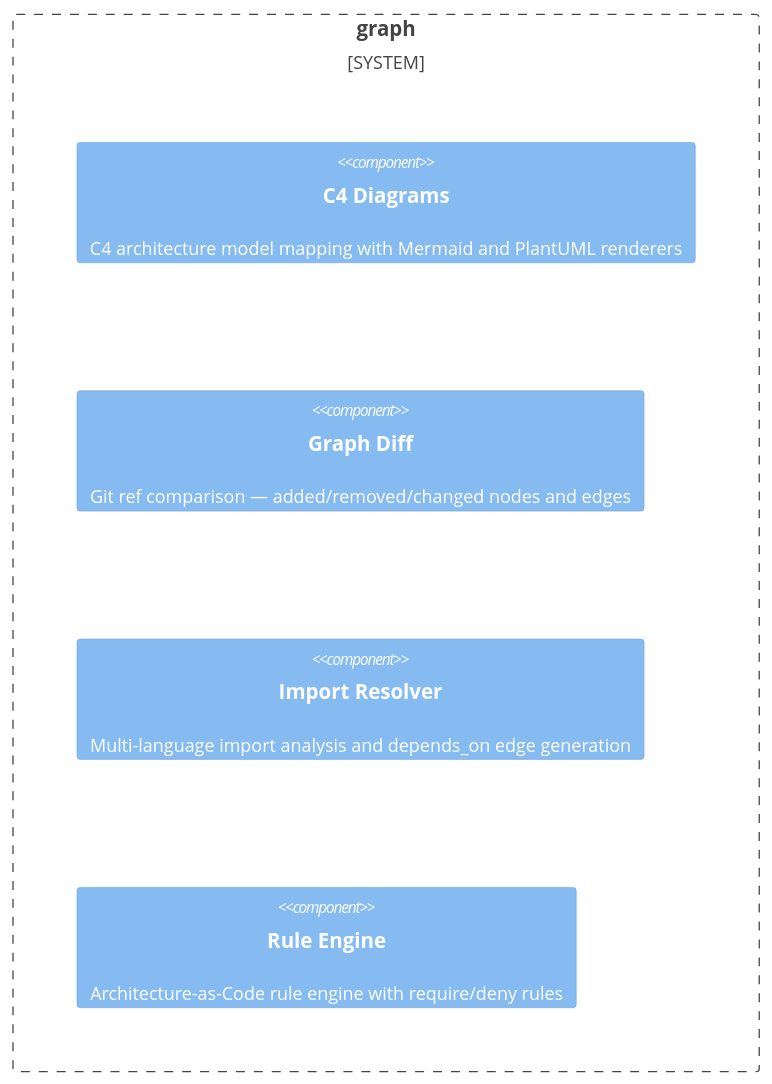
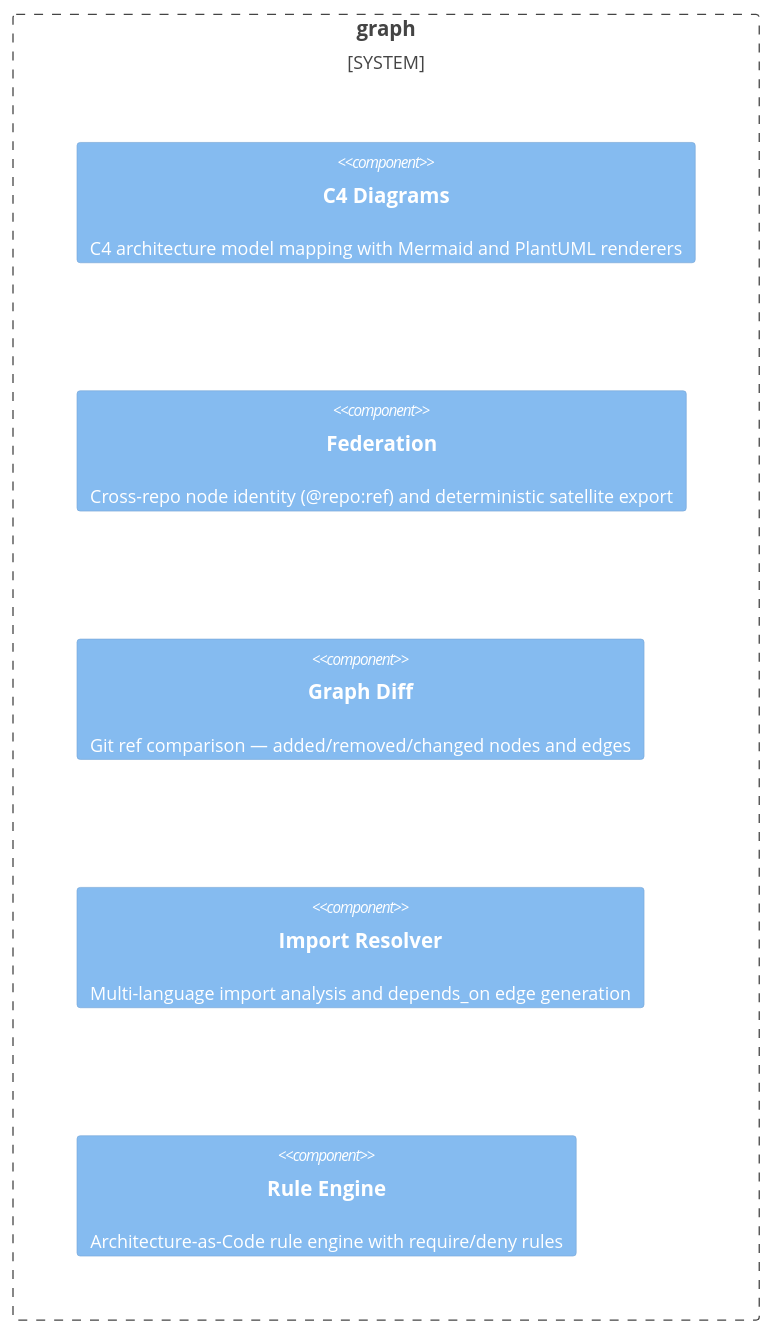
Before and after one commit to zoologov/beadloom: the diagram in site/domains/graph.md, drawn with Mermaid. The commit also changed other lines of this file and 47 other files, not shown here.

````diff
--- a/site/domains/graph.md
+++ b/site/domains/graph.md
@@ -115,9 +115,10 @@
 ```mermaid
 C4Container
     System_Boundary(graph_boundary, "graph") {
         Component(c4_diagrams, "C4 Diagrams", "", "C4 architecture model mapping with Mermaid and PlantUML renderers")
+        Component(federation, "Federation", "", "Cross-repo node identity (@repo:ref) and deterministic satellite export")
         Component(graph_diff, "Graph Diff", "", "Git ref comparison — added/removed/changed nodes and edges")
         Component(import_resolver, "Import Resolver", "", "Multi-language import analysis and depends_on edge generation")
         Component(rule_engine, "Rule Engine", "", "Architecture-as-Code rule engine with require/deny rules")
     }
 ```
````
